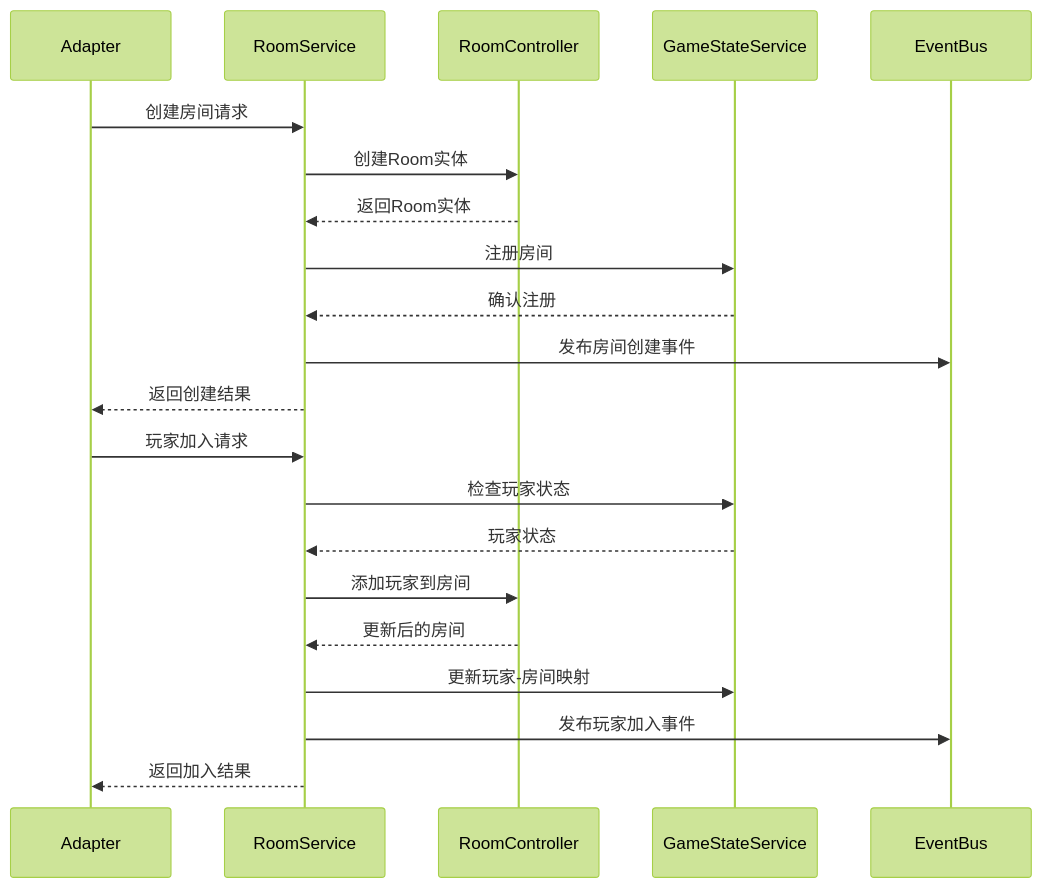
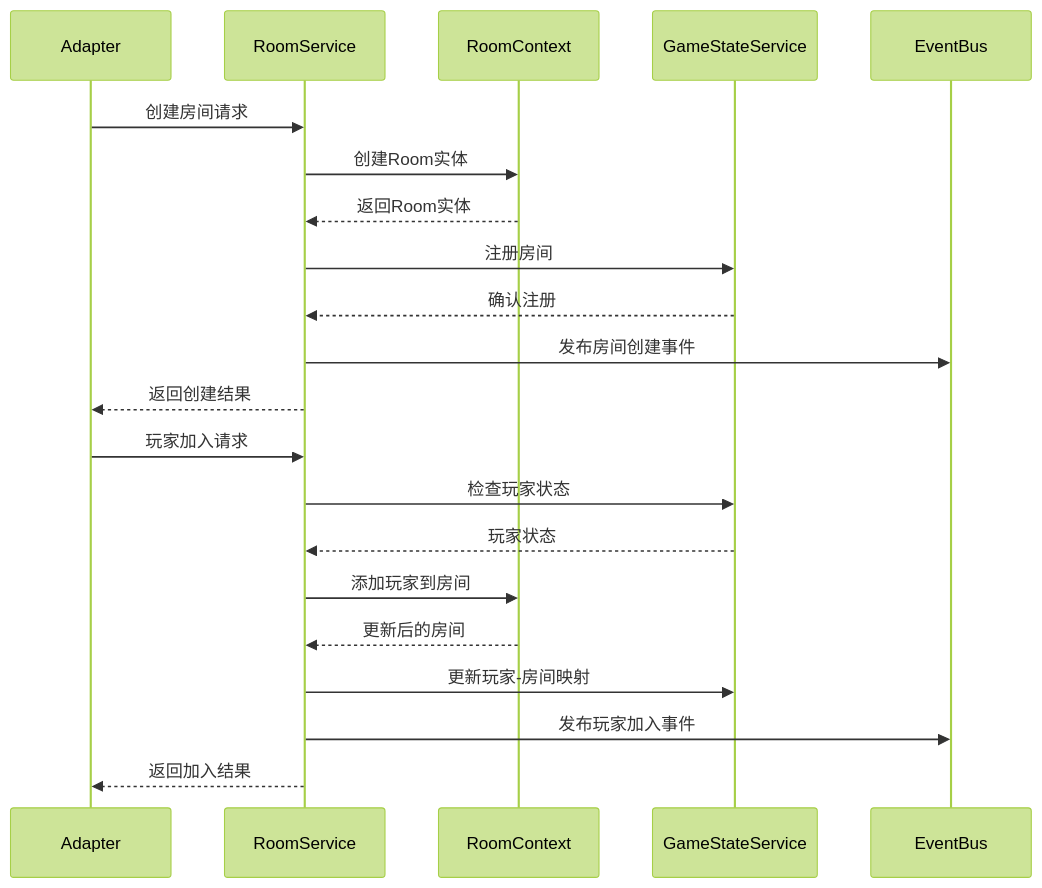
The seventh of 7 diagrams in docs/架构.md (crossagent/paotuan), drawn with Mermaid (forest theme) before and after one commit. The commit also changed other lines of this file and 6 other files, not shown here.

````diff
--- a/docs/架构.md
+++ b/docs/架构.md
@@ -331,25 +331,25 @@
 ```mermaid
 sequenceDiagram
     participant Adapter
     participant RoomService
-    participant RoomController
+    participant RoomContext
     participant GameStateService
     participant EventBus
 
     Adapter->>RoomService: 创建房间请求
-    RoomService->>RoomController: 创建Room实体
-    RoomController-->>RoomService: 返回Room实体
+    RoomService->>RoomContext: 创建Room实体
+    RoomContext-->>RoomService: 返回Room实体
     RoomService->>GameStateService: 注册房间
     GameStateService-->>RoomService: 确认注册
     RoomService->>EventBus: 发布房间创建事件
     RoomService-->>Adapter: 返回创建结果
 
     Adapter->>RoomService: 玩家加入请求
     RoomService->>GameStateService: 检查玩家状态
     GameStateService-->>RoomService: 玩家状态
-    RoomService->>RoomController: 添加玩家到房间
-    RoomController-->>RoomService: 更新后的房间
+    RoomService->>RoomContext: 添加玩家到房间
+    RoomContext-->>RoomService: 更新后的房间
     RoomService->>GameStateService: 更新玩家-房间映射
     RoomService->>EventBus: 发布玩家加入事件
     RoomService-->>Adapter: 返回加入结果
 ```
````
